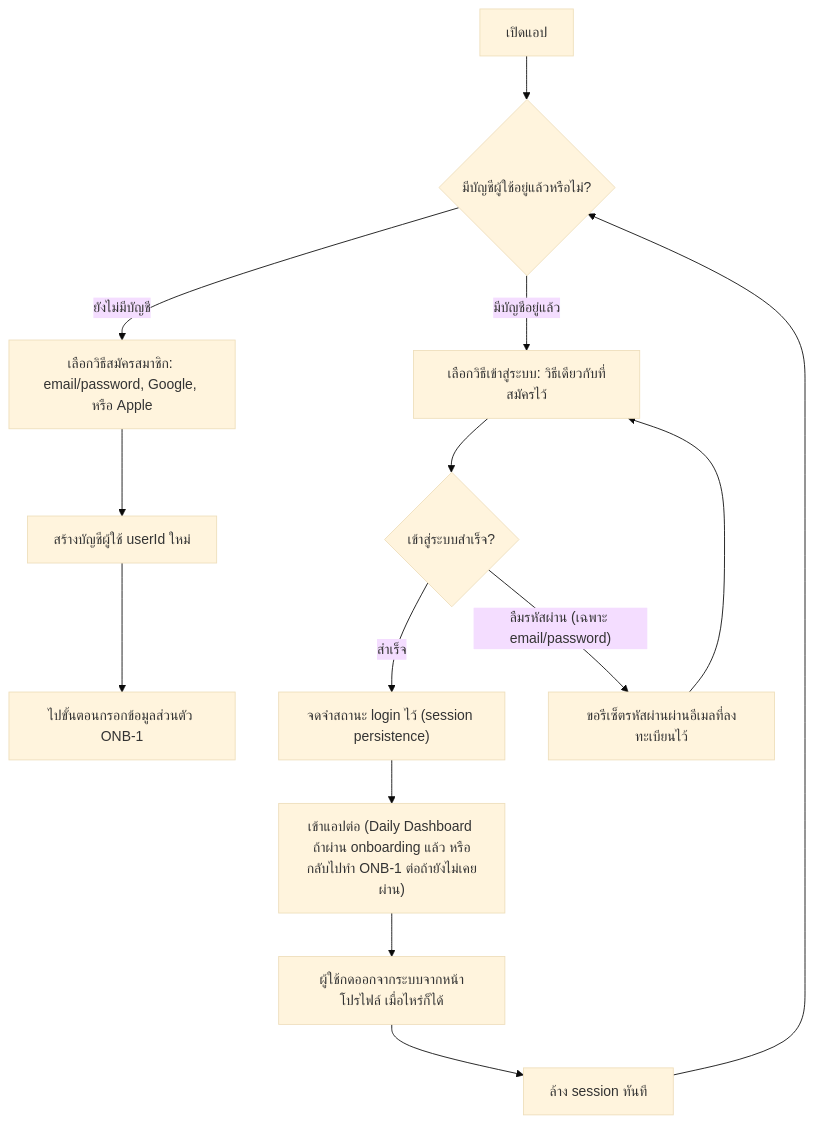
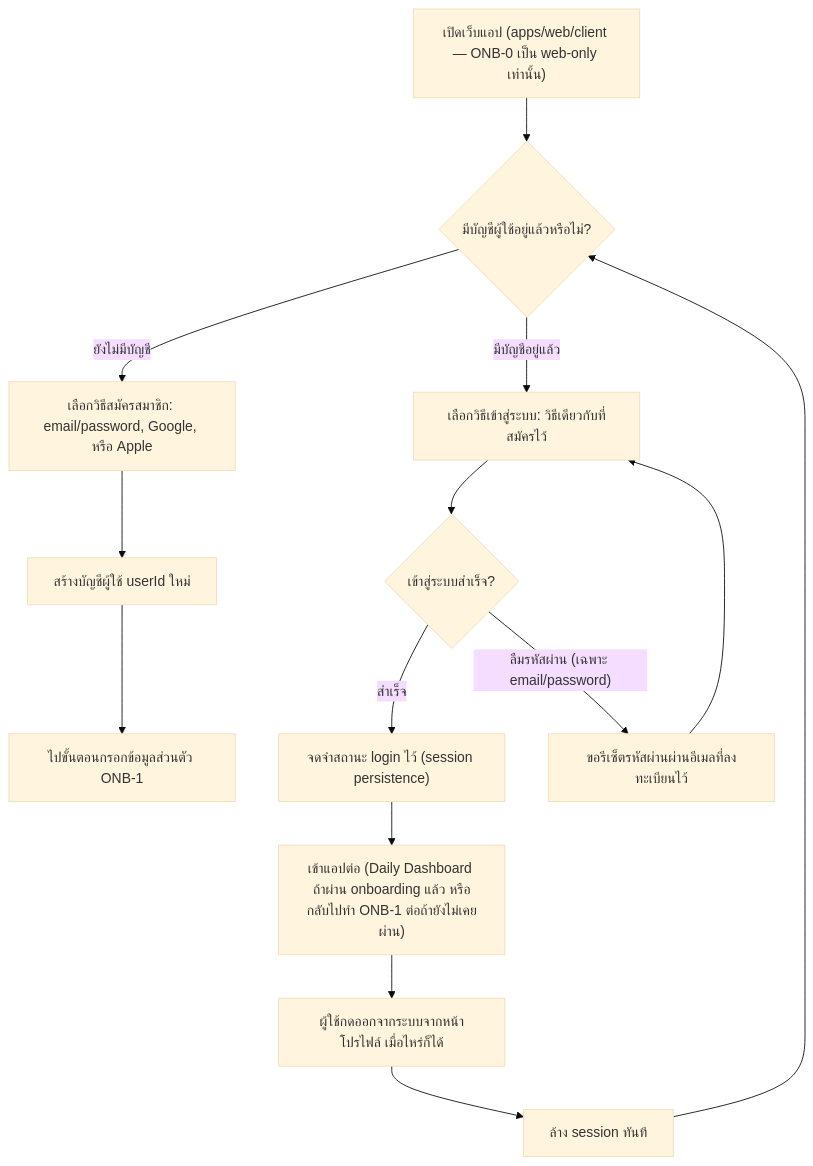
Before and after one commit to Kikofah/smartFit_daily: the first of 16 diagrams in docs/02-design/01-prototypes/user-journeys.md, drawn with Mermaid (base theme). The commit also changed other lines of this file and 22 other files, not shown here.

````diff
--- a/docs/02-design/01-prototypes/user-journeys.md
+++ b/docs/02-design/01-prototypes/user-journeys.md
@@ -27,16 +27,16 @@
 ```mermaid
 flowchart TD
-    A[เปิดแอป] --> B{มีบัญชีผู้ใช้อยู่แล้วหรือไม่?}
+    A["เปิดเว็บแอป (apps/web/client — ONB-0 เป็น web-only เท่านั้น)"] --> B{มีบัญชีผู้ใช้อยู่แล้วหรือไม่?}
     B -- ยังไม่มีบัญชี --> C["เลือกวิธีสมัครสมาชิก: email/password, Google, หรือ Apple"]
     C --> D[สร้างบัญชีผู้ใช้ userId ใหม่]
     D --> E[ไปขั้นตอนกรอกข้อมูลส่วนตัว ONB-1]
     B -- มีบัญชีอยู่แล้ว --> F["เลือกวิธีเข้าสู่ระบบ: วิธีเดียวกับที่สมัครไว้"]
     F --> G{เข้าสู่ระบบสำเร็จ?}
     G -- สำเร็จ --> H["จดจำสถานะ login ไว้ (session persistence)"]
     H --> I["เข้าแอปต่อ (Daily Dashboard ถ้าผ่าน onboarding แล้ว หรือกลับไปทำ ONB-1 ต่อถ้ายังไม่เคยผ่าน)"]
     G -- ลืมรหัสผ่าน (เฉพาะ email/password) --> J[ขอรีเซ็ตรหัสผ่านผ่านอีเมลที่ลงทะเบียนไว้]
     J --> F
     I --> K[ผู้ใช้กดออกจากระบบจากหน้าโปรไฟล์ เมื่อไหร่ก็ได้]
     K --> L[ล้าง session ทันที]
     L --> B
 ```
````
